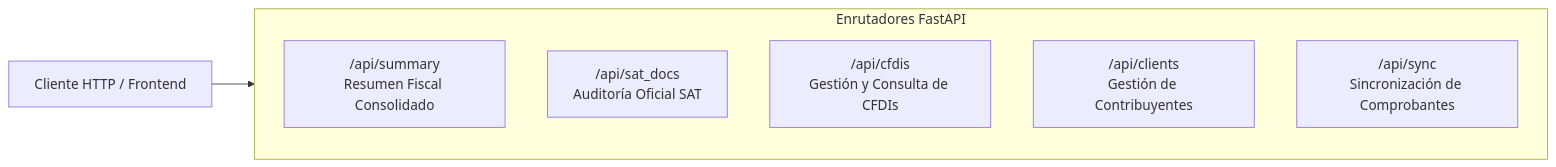
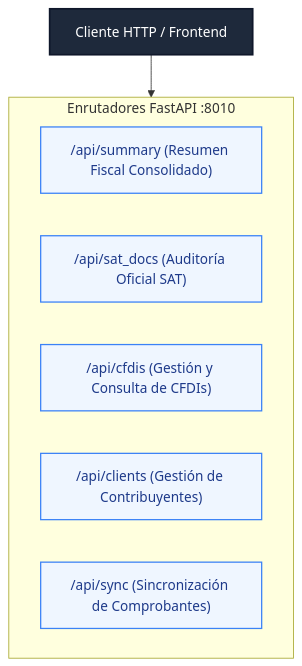
One commit to shellaquiles/tribuTACOS changed the diagram in docs/05_api_endpoints.md. Above: the diagram before and after it, drawn with Mermaid. The commit also changed 6 other files, not shown here.

Commit message:
refactor: standardize documentation diagrams with vertical orientation and consistent color-coded styling

````diff
--- a/docs/05_api_endpoints.md
+++ b/docs/05_api_endpoints.md
@@ -11,12 +11,18 @@
 ```mermaid
-graph LR
+flowchart TD
     ClientApp[Cliente HTTP / Frontend] --> Routers
     
-    subgraph Routers[Enrutadores FastAPI]
-        R1["/api/summary\nResumen Fiscal Consolidado"]
-        R2["/api/sat_docs\nAuditoría Oficial SAT"]
-        R3["/api/cfdis\nGestión y Consulta de CFDIs"]
-        R4["/api/clients\nGestión de Contribuyentes"]
-        R5["/api/sync\nSincronización de Comprobantes"]
+    subgraph Routers[Enrutadores FastAPI :8010]
+        R1["/api/summary (Resumen Fiscal Consolidado)"]
+        R2["/api/sat_docs (Auditoría Oficial SAT)"]
+        R3["/api/cfdis (Gestión y Consulta de CFDIs)"]
+        R4["/api/clients (Gestión de Contribuyentes)"]
+        R5["/api/sync (Sincronización de Comprobantes)"]
     end
+
+    classDef clientNode fill:#1e293b,stroke:#0f172a,stroke-width:2px,color:#ffffff;
+    classDef routerNode fill:#eff6ff,stroke:#3b82f6,stroke-width:1.5px,color:#1e3a8a;
+
+    class ClientApp clientNode;
+    class R1,R2,R3,R4,R5 routerNode;
 ```
````
